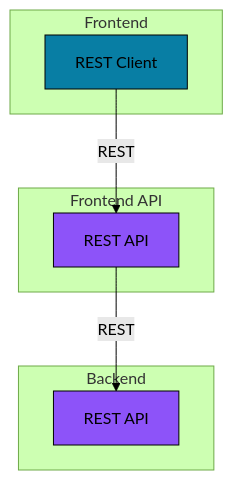
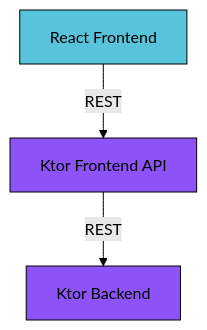
Before and after one commit to onlyteo/ktor-sandbox: the diagram in ktor-rest-api/README.md, drawn with Mermaid (forest theme). The commit also changed other lines of this file and 122 other files, not shown here.

````diff
--- a/ktor-rest-api/README.md
+++ b/ktor-rest-api/README.md
@@ -7,18 +33,12 @@
 ```mermaid
 graph TD
-    subgraph Frontend
-        A[REST Client]:::react
-    end
-    subgraph Frontend API
-        B[REST API]:::ktor
-    end
-    subgraph Backend
-        C[REST API]:::ktor
-    end
+    A[React Frontend]:::react
+    B[Ktor Frontend API]:::ktor
+    C[Ktor Backend]:::ktor
 
     A -- REST --> B
-    B-- REST --> C
+    B -- REST --> C
 
-    classDef react fill: #087ea4, stroke: #000000, color: #000000
+    classDef react fill: #58c4dc, stroke: #000000, color: #000000
     classDef ktor fill: #8d53f9, stroke: #000000, color: #000000
 ```
````
